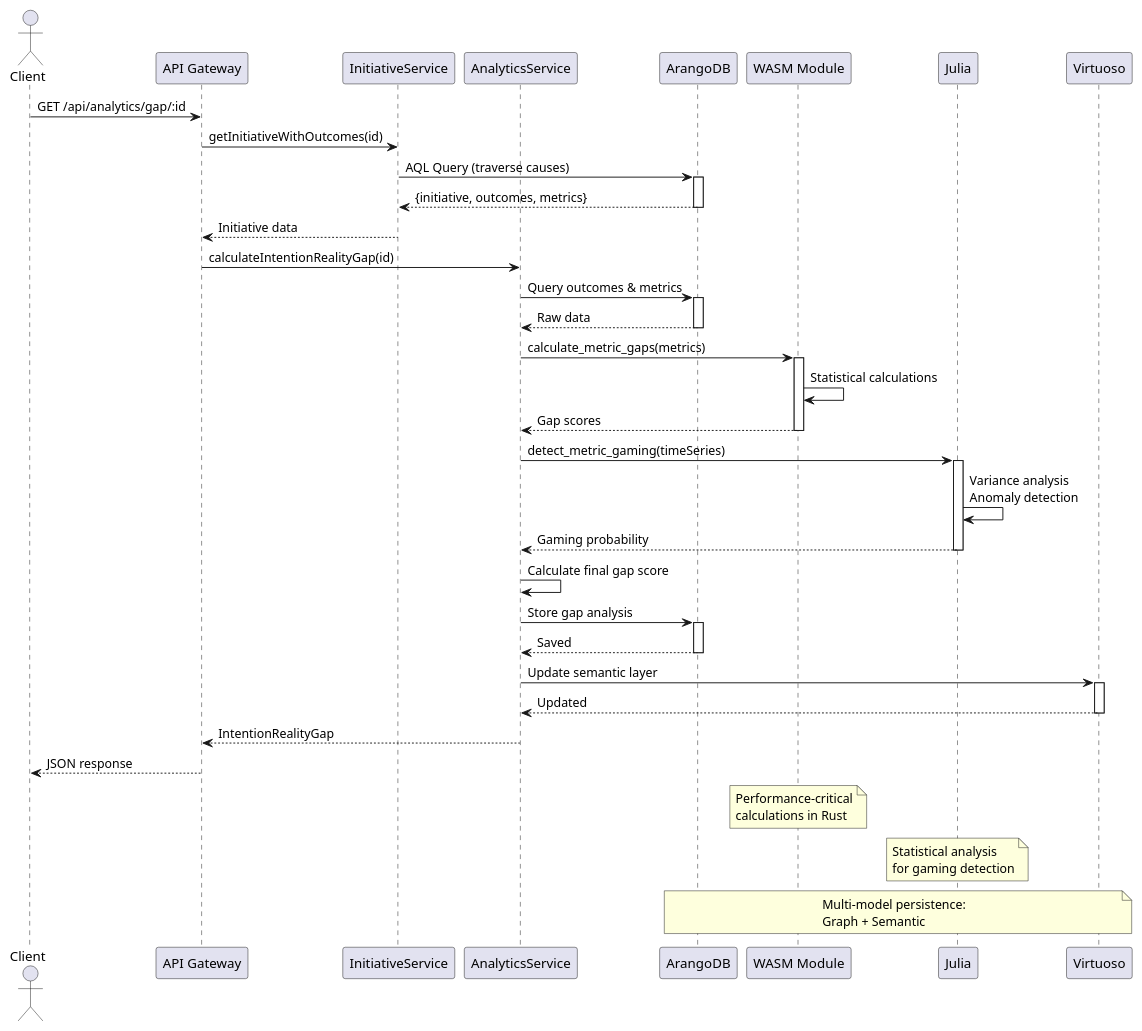
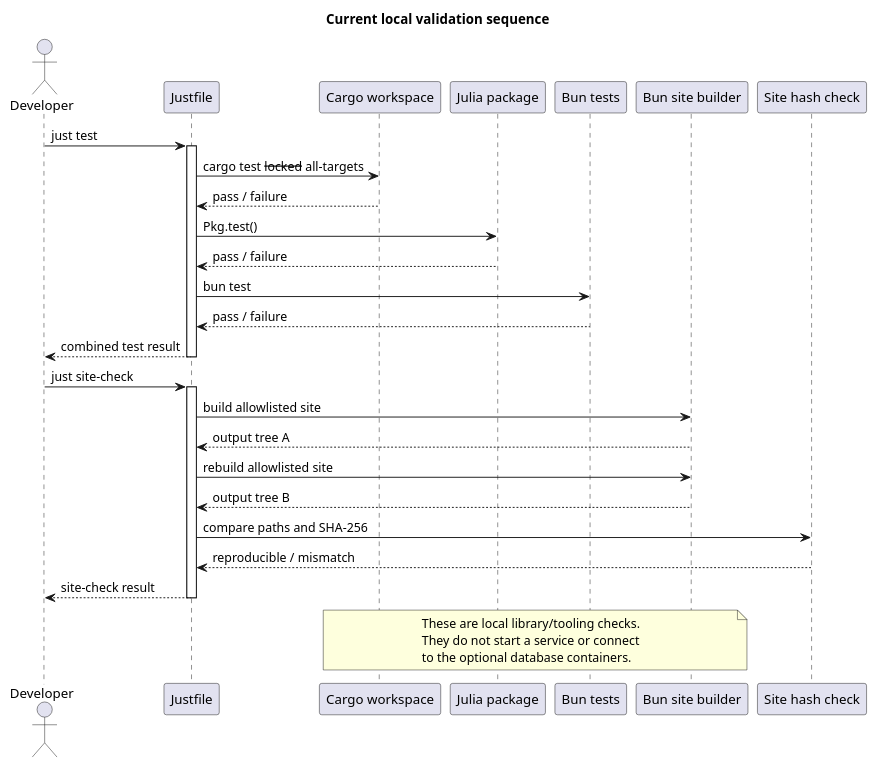
Before and after one commit to hyperpolymath/phantom-metal-taste: the diagram in docs/diagrams/sequence-diagram.puml, drawn with PlantUML. The commit also changed other lines of this file and 114 other files, not shown here.

```diff
--- a/docs/diagrams/sequence-diagram.puml
+++ b/docs/diagrams/sequence-diagram.puml
@@ -1,73 +3,41 @@
-@startuml Gap Analysis Sequence
+@startuml Local Test and Site Reproducibility Flow
 
-actor Client
-participant "API Gateway" as API
-participant "InitiativeService" as IS
-participant "AnalyticsService" as AS
-participant "ArangoDB" as Arango
-participant "WASM Module" as WASM
-participant "Julia" as Julia
-participant "Virtuoso" as Virtuoso
+title Current local validation sequence
 
-Client -> API: GET /api/analytics/gap/:id
+actor Developer
+participant "Justfile" as Just
+participant "Cargo workspace" as Cargo
+participant "Julia package" as Julia
+participant "Bun tests" as BunTest
+participant "Bun site builder" as Site
+participant "Site hash check" as Hash
 
-API -> IS: getInitiativeWithOutcomes(id)
+Developer -> Just: just test
+activate Just
+Just -> Cargo: cargo test --locked --all-targets
+Cargo --> Just: pass / failure
+Just -> Julia: Pkg.test()
+Julia --> Just: pass / failure
+Just -> BunTest: bun test
+BunTest --> Just: pass / failure
+Just --> Developer: combined test result
+deactivate Just
 
-IS -> Arango: AQL Query (traverse causes)
-activate Arango
-Arango --> IS: {initiative, outcomes, metrics}
-deactivate Arango
+Developer -> Just: just site-check
+activate Just
+Just -> Site: build allowlisted site
+Site --> Just: output tree A
+Just -> Site: rebuild allowlisted site
+Site --> Just: output tree B
+Just -> Hash: compare paths and SHA-256
+Hash --> Just: reproducible / mismatch
+Just --> Developer: site-check result
+deactivate Just
 
-IS --> API: Initiative data
-
-API -> AS: calculateIntentionRealityGap(id)
-
-AS -> Arango: Query outcomes & metrics
-activate Arango
-Arango --> AS: Raw data
-deactivate Arango
-
-AS -> WASM: calculate_metric_gaps(metrics)
-activate WASM
-WASM -> WASM: Statistical calculations
-WASM --> AS: Gap scores
-deactivate WASM
-
-AS -> Julia: detect_metric_gaming(timeSeries)
-activate Julia
-Julia -> Julia: Variance analysis\nAnomaly detection
-Julia --> AS: Gaming probability
-deactivate Julia
-
-AS -> AS: Calculate final gap score
-
-AS -> Arango: Store gap analysis
-activate Arango
-Arango --> AS: Saved
-deactivate Arango
-
-AS -> Virtuoso: Update semantic layer
-activate Virtuoso
-Virtuoso --> AS: Updated
-deactivate Virtuoso
-
-AS --> API: IntentionRealityGap
-
-API --> Client: JSON response
-
-note over WASM
-  Performance-critical
-  calculations in Rust
-end note
-
-note over Julia
-  Statistical analysis
-  for gaming detection
-end note
-
-note over Arango, Virtuoso
-  Multi-model persistence:
-  Graph + Semantic
+note over Cargo, Site
+  These are local library/tooling checks.
+  They do not start a service or connect
+  to the optional database containers.
 end note
 
 @enduml
```
